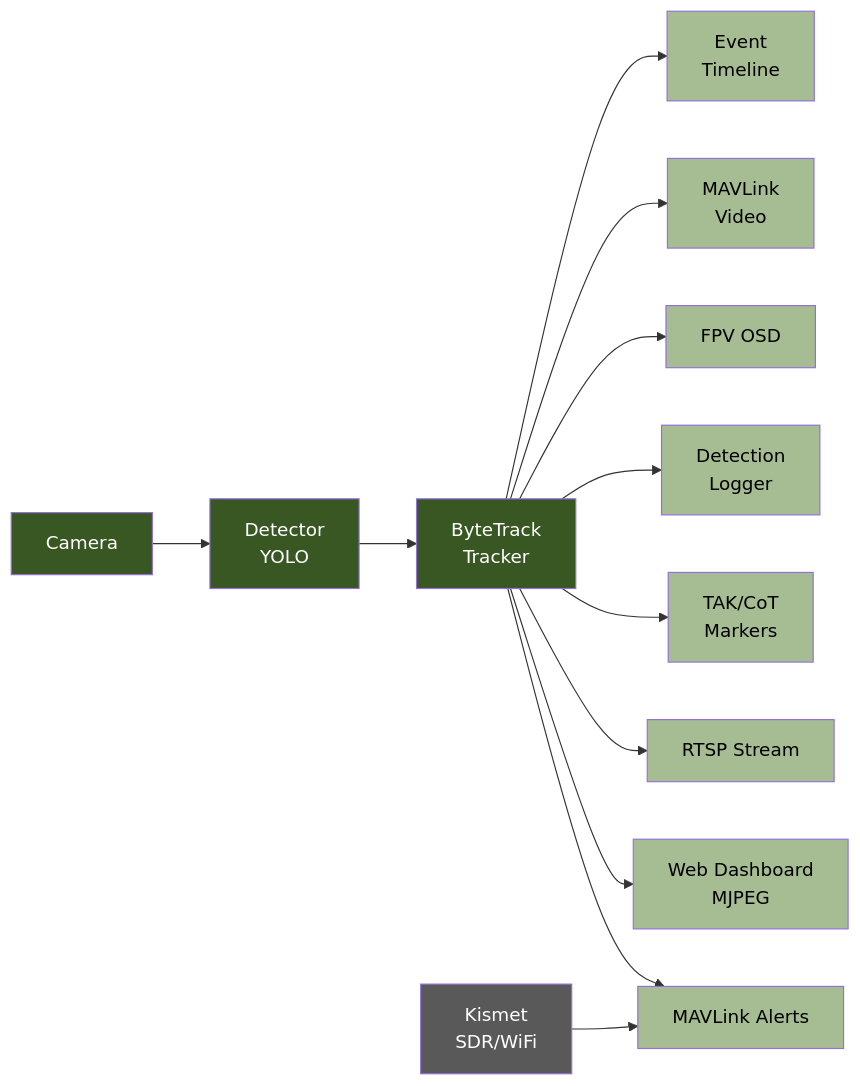
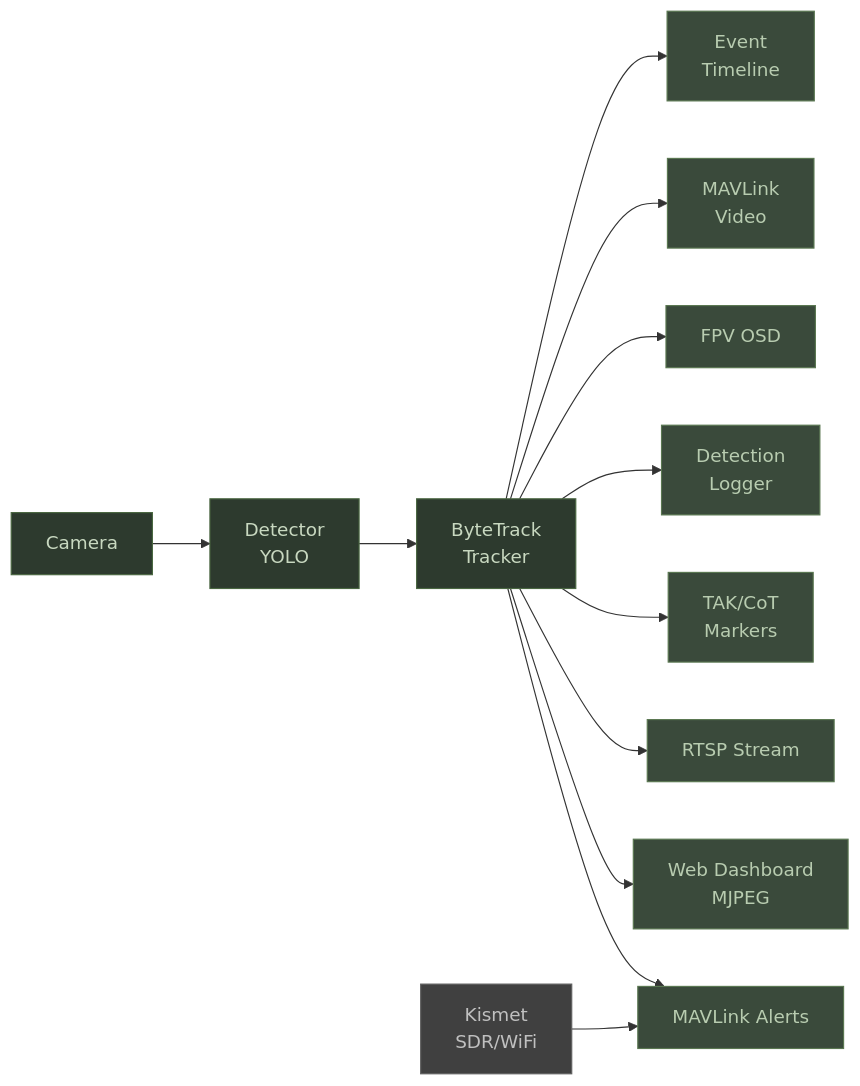
The diagram in README.md (rmeadomavic/Hydra), drawn with Mermaid before and after one commit. The commit also changed other lines of this file and 8 other files, not shown here.

First line of the commit message:
docs: polish pass — standardize Mermaid palette, tighten tone, add diagrams

````diff
--- a/README.md
+++ b/README.md
@@ -14,27 +13,27 @@
 ```mermaid
 graph LR
-    style CAM fill:#385723,color:#fff
-    style DET fill:#385723,color:#fff
-    style TRK fill:#385723,color:#fff
-    style MAV fill:#A6BC92,color:#000
-    style WEB fill:#A6BC92,color:#000
-    style RTSP fill:#A6BC92,color:#000
-    style TAK fill:#A6BC92,color:#000
-    style LOG fill:#A6BC92,color:#000
-    style OSD fill:#A6BC92,color:#000
-    style MV fill:#A6BC92,color:#000
-    style EVT fill:#A6BC92,color:#000
-    style RF fill:#595959,color:#fff
+    style CAM fill:#2d3a2e,color:#c8d8c0,stroke:#4a6741
+    style DET fill:#2d3a2e,color:#c8d8c0,stroke:#4a6741
+    style TRK fill:#2d3a2e,color:#c8d8c0,stroke:#4a6741
+    style MAV fill:#3a4a3b,color:#b8ccb0,stroke:#5a7751
+    style WEB fill:#3a4a3b,color:#b8ccb0,stroke:#5a7751
+    style RTSP fill:#3a4a3b,color:#b8ccb0,stroke:#5a7751
+    style TAK fill:#3a4a3b,color:#b8ccb0,stroke:#5a7751
+    style LOG fill:#3a4a3b,color:#b8ccb0,stroke:#5a7751
+    style OSD fill:#3a4a3b,color:#b8ccb0,stroke:#5a7751
+    style MV fill:#3a4a3b,color:#b8ccb0,stroke:#5a7751
+    style EVT fill:#3a4a3b,color:#b8ccb0,stroke:#5a7751
+    style RF fill:#404040,color:#c0c0c0,stroke:#606060
 
     CAM[Camera] --> DET[Detector<br/>YOLO]
     DET --> TRK[ByteTrack<br/>Tracker]
     TRK --> MAV[MAVLink Alerts]
     TRK --> WEB[Web Dashboard<br/>MJPEG]
     TRK --> RTSP[RTSP Stream]
     TRK --> TAK[TAK/CoT<br/>Markers]
     TRK --> LOG[Detection<br/>Logger]
     TRK --> OSD[FPV OSD]
     TRK --> MV[MAVLink<br/>Video]
     TRK --> EVT[Event<br/>Timeline]
     RF[Kismet<br/>SDR/WiFi] --> MAV
 ```
````
